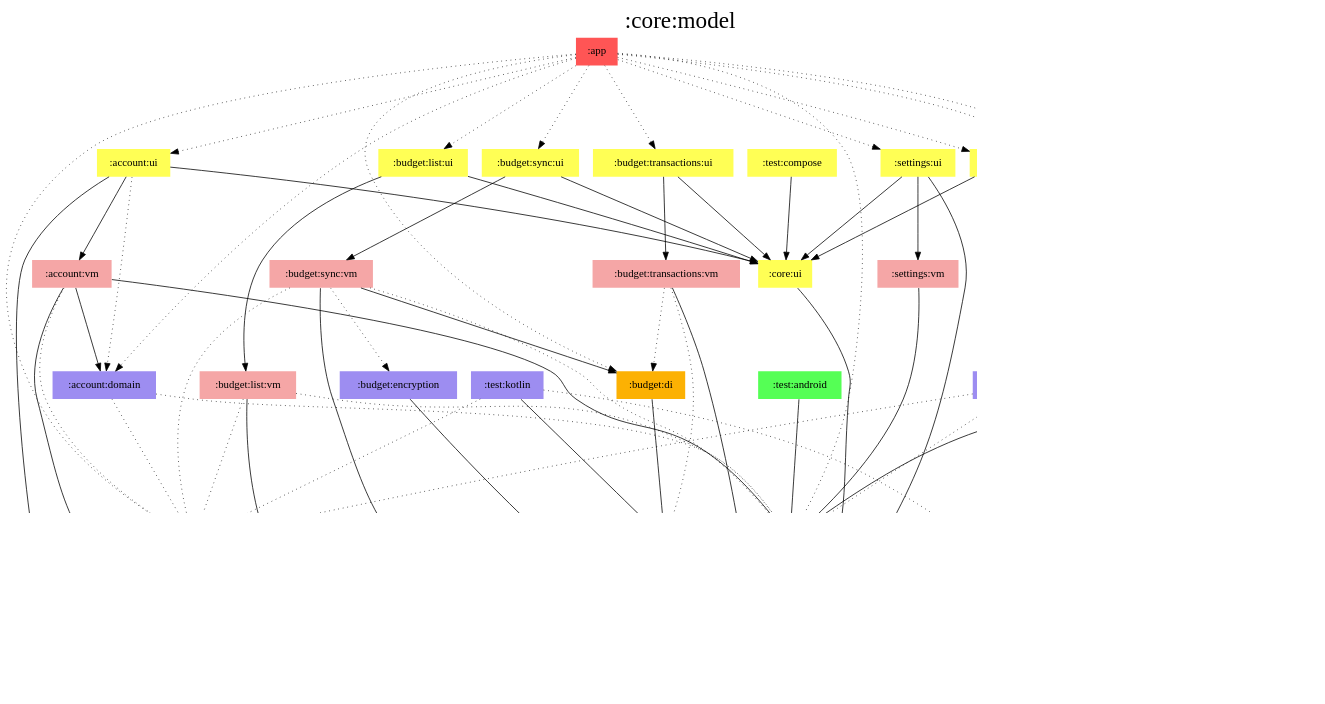
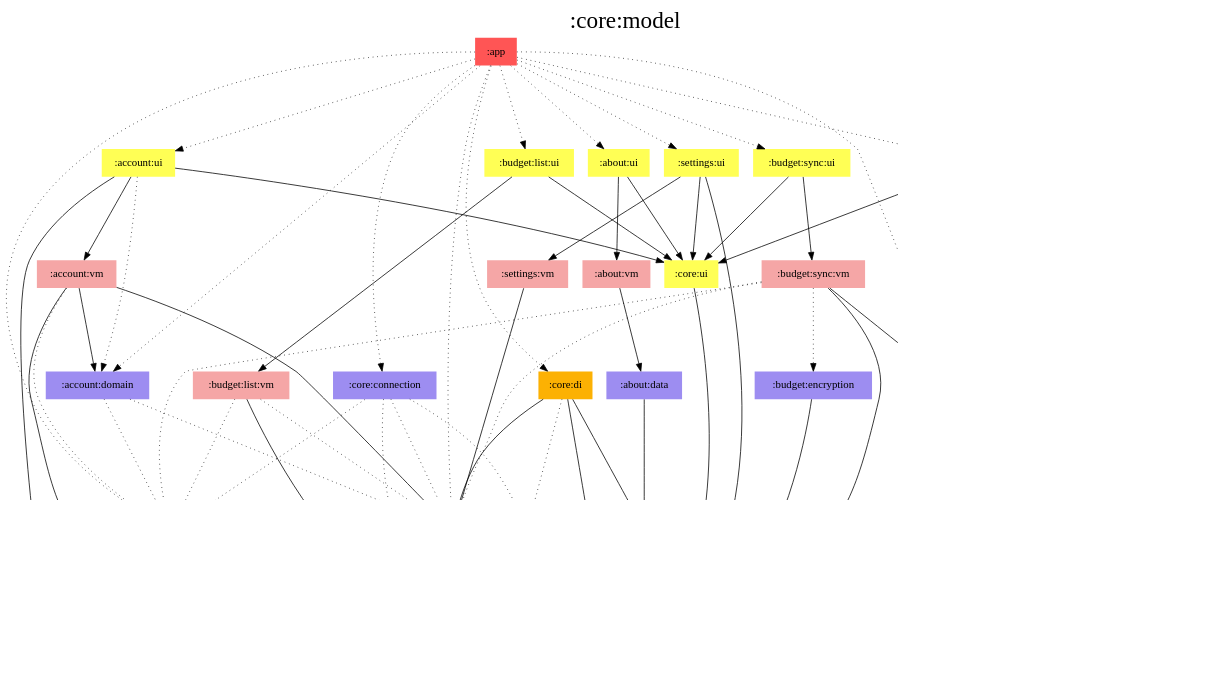
Before and after one commit to jonapoul/aktual: the diagram in modules/core/model/modules.dot, drawn with Graphviz. The commit also changed 26 other files, not shown here.

Commit message:
Remove test modules from graphs

```diff
--- a/modules/core/model/modules.dot
+++ b/modules/core/model/modules.dot
@@ -1,121 +1,112 @@
 digraph {
 edge ["dir"="forward"]
 graph ["dpi"="100","label"=":core:model","labelloc"="t","fontsize"="30","ranksep"="1.5","rankdir"="TB"]
 node ["style"="filled"]
 ":about:data" ["fillcolor"="#9D8DF1","shape"="none"]
 ":about:ui" ["fillcolor"="#FFFF55","shape"="none"]
 ":about:vm" ["fillcolor"="#F5A6A6","shape"="none"]
 ":account:domain" ["fillcolor"="#9D8DF1","shape"="none"]
 ":account:ui" ["fillcolor"="#FFFF55","shape"="none"]
 ":account:vm" ["fillcolor"="#F5A6A6","shape"="none"]
 ":api:actual" ["fillcolor"="#9D8DF1","shape"="none"]
 ":api:builder" ["fillcolor"="#9D8DF1","shape"="none"]
 ":api:github" ["fillcolor"="#9D8DF1","shape"="none"]
 ":app" ["fillcolor"="#FF5555","shape"="none"]
 ":budget:db" ["fillcolor"="#9D8DF1","shape"="none"]
 ":budget:di" ["fillcolor"="#FCB103","shape"="none"]
 ":budget:encryption" ["fillcolor"="#9D8DF1","shape"="none"]
 ":budget:list:ui" ["fillcolor"="#FFFF55","shape"="none"]
 ":budget:list:vm" ["fillcolor"="#F5A6A6","shape"="none"]
 ":budget:sync:ui" ["fillcolor"="#FFFF55","shape"="none"]
 ":budget:sync:vm" ["fillcolor"="#F5A6A6","shape"="none"]
 ":budget:transactions:ui" ["fillcolor"="#FFFF55","shape"="none"]
 ":budget:transactions:vm" ["fillcolor"="#F5A6A6","shape"="none"]
 ":core:connection" ["fillcolor"="#9D8DF1","shape"="none"]
 ":core:di" ["fillcolor"="#FCB103","shape"="none"]
 ":core:model" ["fillcolor"="#9D8DF1","color"="black","penwidth"="3","shape"="box"]
 ":core:ui" ["fillcolor"="#FFFF55","shape"="none"]
 ":prefs" ["fillcolor"="#9D8DF1","shape"="none"]
 ":settings:ui" ["fillcolor"="#FFFF55","shape"="none"]
 ":settings:vm" ["fillcolor"="#F5A6A6","shape"="none"]
-":test:android" ["fillcolor"="#55FF55","shape"="none"]
-":test:compose" ["fillcolor"="#FFFF55","shape"="none"]
-":test:kotlin" ["fillcolor"="#9D8DF1","shape"="none"]
 {
 edge ["dir"="none"]
 graph ["rank"="same"]
 ":core:model"
 }
 ":about:data" -> ":api:github"
 ":about:ui" -> ":about:vm"
 ":about:ui" -> ":core:ui"
 ":about:vm" -> ":about:data"
 ":account:domain" -> ":api:actual" ["style"="dotted"]
 ":account:domain" -> ":prefs" ["style"="dotted"]
 ":account:ui" -> ":account:domain" ["style"="dotted"]
 ":account:ui" -> ":account:vm"
 ":account:ui" -> ":core:model"
 ":account:ui" -> ":core:ui"
 ":account:vm" -> ":account:domain"
 ":account:vm" -> ":api:actual" ["style"="dotted"]
 ":account:vm" -> ":core:model"
 ":account:vm" -> ":prefs"
 ":api:actual" -> ":core:model"
 ":api:builder" -> ":core:model"
 ":api:github" -> ":core:model"
 ":app" -> ":about:ui" ["style"="dotted"]
 ":app" -> ":account:domain" ["style"="dotted"]
 ":app" -> ":account:ui" ["style"="dotted"]
 ":app" -> ":api:actual" ["style"="dotted"]
 ":app" -> ":budget:di" ["style"="dotted"]
 ":app" -> ":budget:list:ui" ["style"="dotted"]
 ":app" -> ":budget:sync:ui" ["style"="dotted"]
 ":app" -> ":budget:transactions:ui" ["style"="dotted"]
 ":app" -> ":core:connection" ["style"="dotted"]
 ":app" -> ":core:di" ["style"="dotted"]
 ":app" -> ":prefs" ["style"="dotted"]
 ":app" -> ":settings:ui" ["style"="dotted"]
 ":budget:db" -> ":core:model"
 ":budget:di" -> ":budget:db"
 ":budget:encryption" -> ":core:model"
 ":budget:list:ui" -> ":budget:list:vm"
 ":budget:list:ui" -> ":core:ui"
 ":budget:list:vm" -> ":api:actual" ["style"="dotted"]
 ":budget:list:vm" -> ":core:model"
 ":budget:list:vm" -> ":prefs" ["style"="dotted"]
 ":budget:sync:ui" -> ":budget:sync:vm"
 ":budget:sync:ui" -> ":core:ui"
 ":budget:sync:vm" -> ":api:actual" ["style"="dotted"]
 ":budget:sync:vm" -> ":budget:di"
 ":budget:sync:vm" -> ":budget:encryption" ["style"="dotted"]
 ":budget:sync:vm" -> ":core:model"
 ":budget:sync:vm" -> ":prefs" ["style"="dotted"]
 ":budget:transactions:ui" -> ":budget:transactions:vm"
 ":budget:transactions:ui" -> ":core:ui"
 ":budget:transactions:vm" -> ":budget:db" ["style"="dotted"]
 ":budget:transactions:vm" -> ":budget:di" ["style"="dotted"]
 ":budget:transactions:vm" -> ":core:model"
 ":core:connection" -> ":api:actual" ["style"="dotted"]
 ":core:connection" -> ":api:builder" ["style"="dotted"]
 ":core:connection" -> ":core:model" ["style"="dotted"]
 ":core:connection" -> ":prefs" ["style"="dotted"]
 ":core:di" -> ":api:builder" ["style"="dotted"]
 ":core:di" -> ":api:github"
 ":core:di" -> ":core:model"
 ":core:di" -> ":prefs"
 ":core:ui" -> ":core:model"
 ":prefs" -> ":core:model"
 ":settings:ui" -> ":core:model"
 ":settings:ui" -> ":core:ui"
 ":settings:ui" -> ":settings:vm"
 ":settings:vm" -> ":prefs"
-":test:android" -> ":prefs"
-":test:compose" -> ":core:ui"
-":test:kotlin" -> ":api:actual" ["style"="dotted"]
-":test:kotlin" -> ":api:builder" ["style"="dotted"]
-":test:kotlin" -> ":budget:db"
 subgraph "cluster_legend" {
 edge ["dir"="none"]
 graph ["label"="Legend","fontsize"="20"]
 "Legend" ["style"="filled","fillcolor"="#FFFFFF","shape"="none","margin"="0","fontsize"="15","label"=<
 <TABLE BORDER="0" CELLBORDER="0" CELLSPACING="0" CELLPADDING="4">
 <TR><TD>App</TD><TD BGCOLOR="#FF5555">module-name</TD></TR>
 <TR><TD>ViewModel</TD><TD BGCOLOR="#F5A6A6">module-name</TD></TR>
 <TR><TD>Hilt</TD><TD BGCOLOR="#FCB103">module-name</TD></TR>
 <TR><TD>Compose</TD><TD BGCOLOR="#FFFF55">module-name</TD></TR>
-<TR><TD>Android</TD><TD BGCOLOR="#55FF55">module-name</TD></TR>
 <TR><TD>Multiplatform</TD><TD BGCOLOR="#9D8DF1">module-name</TD></TR>
 </TABLE>
 >]
 } -> ":core:model" ["style"="invis"]
 }
```
